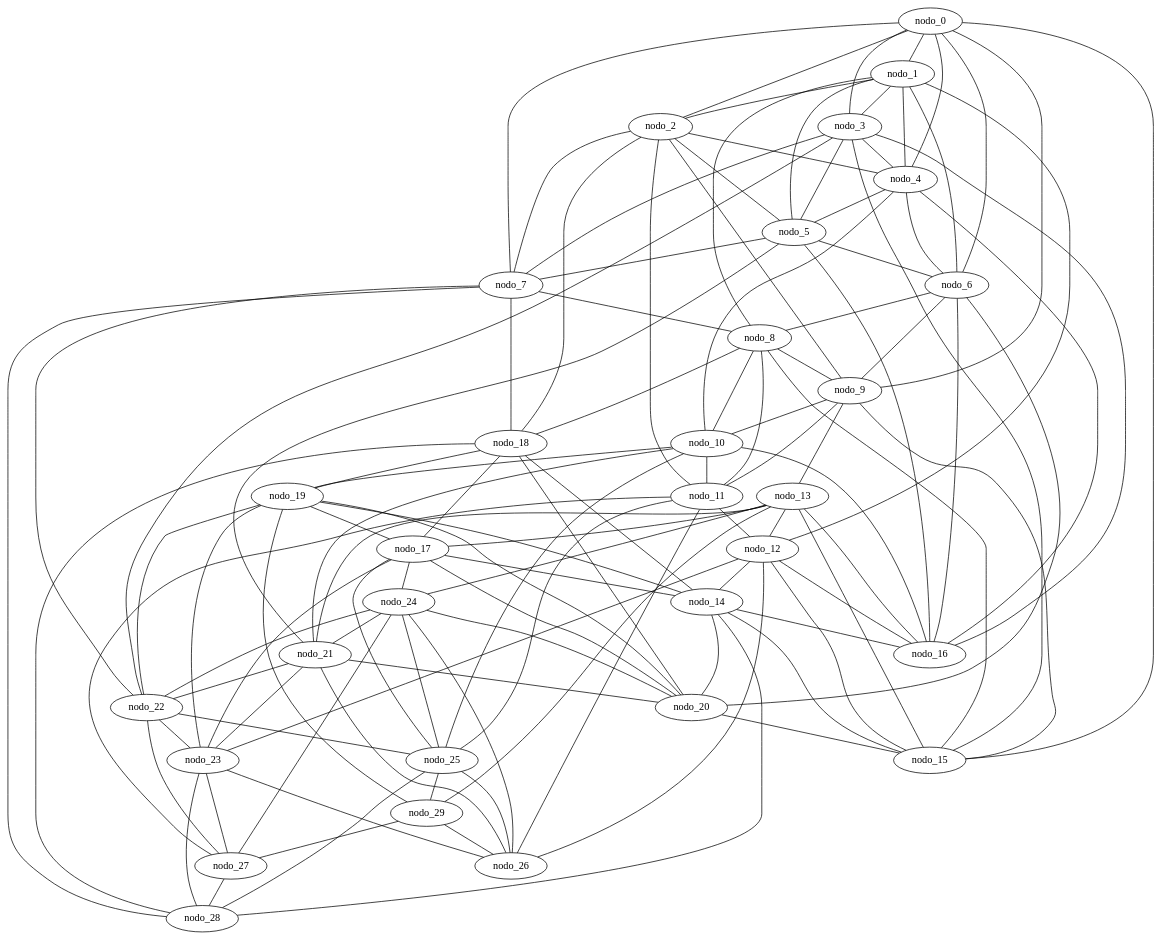
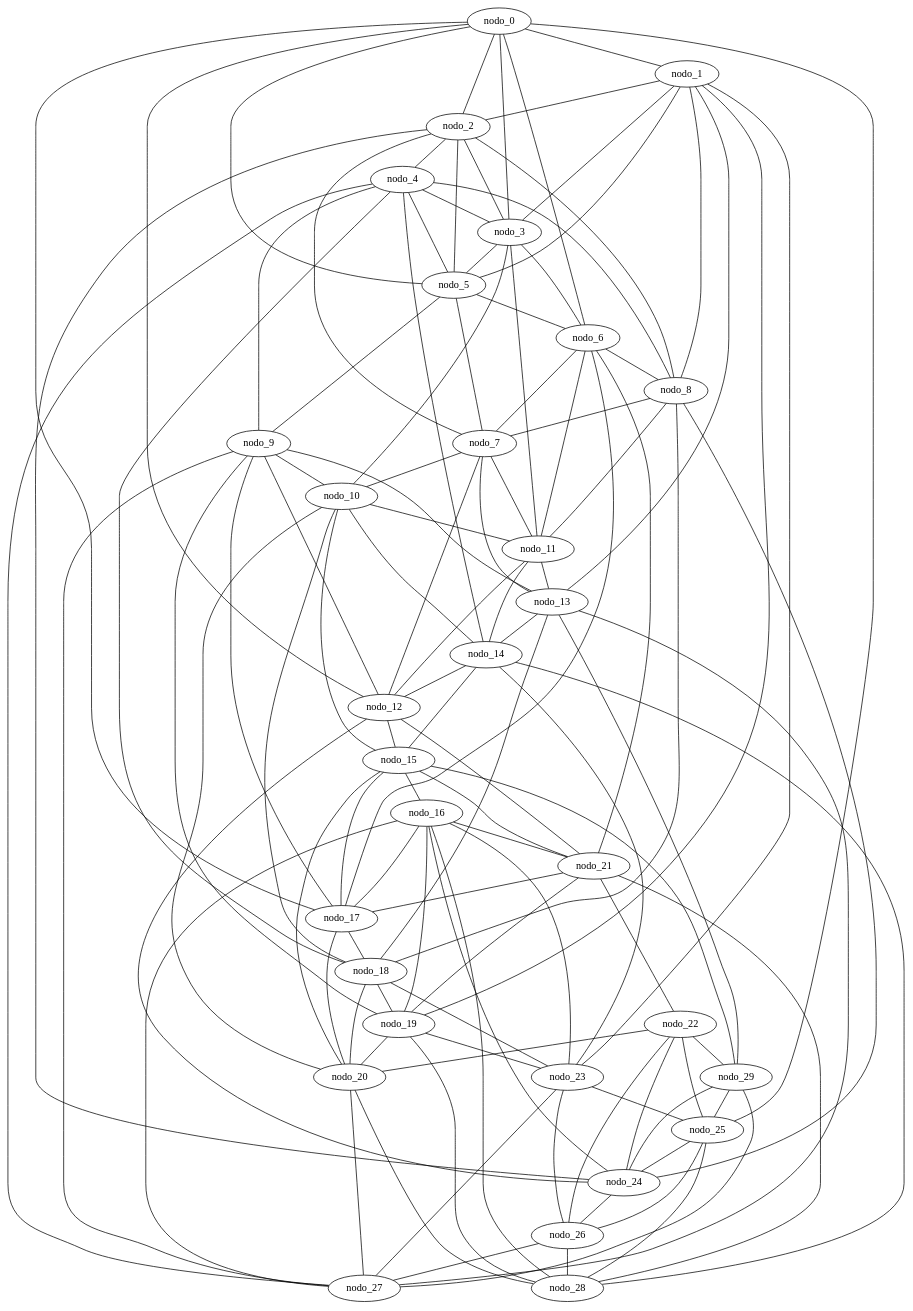
Before and after one commit to sinisterra/cic-algoritmos: the diagram in proyecto01/gen_BarabasiAlbert_30.gv, drawn with Graphviz. The commit also changed 26 other files, not shown here.

```diff
--- a/proyecto01/gen_BarabasiAlbert_30.gv
+++ b/proyecto01/gen_BarabasiAlbert_30.gv
@@ -1,148 +1,118 @@
 graph gen_BarabasiAlbert_30 {
- nodo_0;
- nodo_1;
- nodo_2;
- nodo_3;
- nodo_4;
- nodo_5;
- nodo_6;
- nodo_7;
- nodo_8;
- nodo_9;
- nodo_10;
- nodo_11;
- nodo_12;
- nodo_13;
- nodo_14;
- nodo_15;
- nodo_16;
- nodo_17;
- nodo_18;
- nodo_19;
- nodo_20;
- nodo_21;
- nodo_22;
- nodo_23;
- nodo_24;
- nodo_25;
- nodo_26;
- nodo_27;
- nodo_28;
- nodo_29;
-  nodo_11 -- nodo_25;
-  nodo_4 -- nodo_16;
-  nodo_11 -- nodo_26;
-  nodo_14 -- nodo_16;
-  nodo_14 -- nodo_15;
-  nodo_11 -- nodo_27;
-  nodo_10 -- nodo_8;
-  nodo_17 -- nodo_14;
-  nodo_14 -- nodo_20;
-  nodo_20 -- nodo_15;
-  nodo_4 -- nodo_10;
+  nodo_4 -- nodo_18;
+  nodo_9 -- nodo_27;
+  nodo_14 -- nodo_23;
+  nodo_4 -- nodo_14;
+  nodo_1 -- nodo_23;
   nodo_25 -- nodo_28;
-  nodo_25 -- nodo_29;
-  nodo_28 -- nodo_18;
-  nodo_3 -- nodo_4;
+  nodo_25 -- nodo_26;
+  nodo_20 -- nodo_18;
   nodo_3 -- nodo_5;
+  nodo_4 -- nodo_27;
   nodo_14 -- nodo_28;
-  nodo_3 -- nodo_7;
+  nodo_3 -- nodo_6;
   nodo_17 -- nodo_18;
-  nodo_7 -- nodo_8;
-  nodo_17 -- nodo_25;
-  nodo_7 -- nodo_18;
-  nodo_17 -- nodo_24;
+  nodo_7 -- nodo_5;
+  nodo_7 -- nodo_13;
+  nodo_20 -- nodo_28;
+  nodo_20 -- nodo_27;
+  nodo_7 -- nodo_11;
+  nodo_7 -- nodo_12;
   nodo_17 -- nodo_20;
-  nodo_23 -- nodo_17;
-  nodo_2 -- nodo_18;
+  nodo_7 -- nodo_10;
+  nodo_22 -- nodo_20;
+  nodo_13 -- nodo_27;
+  nodo_16 -- nodo_17;
+  nodo_16 -- nodo_19;
   nodo_13 -- nodo_29;
-  nodo_19 -- nodo_17;
-  nodo_7 -- nodo_22;
-  nodo_7 -- nodo_28;
-  nodo_2 -- nodo_11;
-  nodo_19 -- nodo_14;
-  nodo_27 -- nodo_28;
-  nodo_2 -- nodo_0;
+  nodo_16 -- nodo_24;
+  nodo_16 -- nodo_27;
+  nodo_16 -- nodo_21;
+  nodo_16 -- nodo_23;
+  nodo_25 -- nodo_24;
+  nodo_2 -- nodo_3;
   nodo_2 -- nodo_4;
   nodo_2 -- nodo_5;
+  nodo_11 -- nodo_14;
   nodo_2 -- nodo_7;
   nodo_11 -- nodo_12;
-  nodo_2 -- nodo_9;
+  nodo_2 -- nodo_8;
+  nodo_11 -- nodo_13;
+  nodo_16 -- nodo_28;
+  nodo_6 -- nodo_7;
   nodo_6 -- nodo_8;
-  nodo_6 -- nodo_9;
-  nodo_19 -- nodo_29;
+  nodo_19 -- nodo_28;
   nodo_19 -- nodo_23;
-  nodo_5 -- nodo_16;
+  nodo_14 -- nodo_12;
+  nodo_2 -- nodo_24;
   nodo_19 -- nodo_20;
-  nodo_22 -- nodo_23;
   nodo_22 -- nodo_24;
-  nodo_19 -- nodo_22;
   nodo_22 -- nodo_25;
-  nodo_22 -- nodo_27;
-  nodo_10 -- nodo_19;
-  nodo_24 -- nodo_20;
-  nodo_0 -- nodo_15;
-  nodo_24 -- nodo_21;
+  nodo_22 -- nodo_26;
+  nodo_22 -- nodo_29;
+  nodo_0 -- nodo_17;
+  nodo_0 -- nodo_12;
   nodo_10 -- nodo_11;
-  nodo_10 -- nodo_16;
+  nodo_10 -- nodo_14;
+  nodo_10 -- nodo_15;
   nodo_18 -- nodo_19;
-  nodo_5 -- nodo_21;
-  nodo_8 -- nodo_15;
+  nodo_10 -- nodo_18;
+  nodo_15 -- nodo_29;
   nodo_8 -- nodo_18;
-  nodo_13 -- nodo_12;
-  nodo_10 -- nodo_21;
+  nodo_18 -- nodo_23;
+  nodo_10 -- nodo_20;
   nodo_21 -- nodo_22;
-  nodo_21 -- nodo_23;
-  nodo_18 -- nodo_20;
-  nodo_21 -- nodo_26;
   nodo_8 -- nodo_11;
+  nodo_21 -- nodo_28;
   nodo_1 -- nodo_2;
+  nodo_0 -- nodo_25;
   nodo_1 -- nodo_3;
   nodo_1 -- nodo_5;
-  nodo_1 -- nodo_6;
-  nodo_3 -- nodo_15;
-  nodo_13 -- nodo_17;
-  nodo_3 -- nodo_16;
-  nodo_13 -- nodo_16;
   nodo_1 -- nodo_8;
-  nodo_10 -- nodo_25;
-  nodo_13 -- nodo_15;
+  nodo_13 -- nodo_14;
   nodo_5 -- nodo_6;
-  nodo_5 -- nodo_7;
-  nodo_13 -- nodo_24;
-  nodo_13 -- nodo_21;
+  nodo_5 -- nodo_9;
+  nodo_13 -- nodo_18;
+  nodo_3 -- nodo_10;
+  nodo_8 -- nodo_24;
+  nodo_3 -- nodo_11;
   nodo_24 -- nodo_26;
-  nodo_24 -- nodo_25;
-  nodo_24 -- nodo_27;
-  nodo_26 -- nodo_25;
   nodo_12 -- nodo_15;
-  nodo_12 -- nodo_16;
-  nodo_12 -- nodo_14;
-  nodo_11 -- nodo_9;
-  nodo_3 -- nodo_22;
-  nodo_12 -- nodo_23;
-  nodo_6 -- nodo_16;
+  nodo_6 -- nodo_11;
+  nodo_15 -- nodo_14;
+  nodo_6 -- nodo_17;
+  nodo_12 -- nodo_21;
+  nodo_23 -- nodo_25;
   nodo_23 -- nodo_27;
   nodo_23 -- nodo_26;
-  nodo_23 -- nodo_28;
+  nodo_29 -- nodo_25;
+  nodo_1 -- nodo_19;
+  nodo_29 -- nodo_24;
   nodo_0 -- nodo_1;
+  nodo_0 -- nodo_2;
   nodo_0 -- nodo_3;
-  nodo_0 -- nodo_4;
-  nodo_4 -- nodo_1;
-  nodo_21 -- nodo_20;
+  nodo_0 -- nodo_5;
   nodo_29 -- nodo_27;
   nodo_0 -- nodo_6;
-  nodo_29 -- nodo_26;
-  nodo_0 -- nodo_7;
-  nodo_12 -- nodo_26;
-  nodo_0 -- nodo_9;
+  nodo_1 -- nodo_13;
+  nodo_4 -- nodo_3;
   nodo_4 -- nodo_5;
-  nodo_4 -- nodo_6;
-  nodo_9 -- nodo_15;
-  nodo_8 -- nodo_9;
+  nodo_12 -- nodo_24;
+  nodo_15 -- nodo_16;
+  nodo_4 -- nodo_8;
+  nodo_15 -- nodo_17;
+  nodo_4 -- nodo_9;
+  nodo_8 -- nodo_7;
+  nodo_21 -- nodo_19;
+  nodo_6 -- nodo_21;
   nodo_9 -- nodo_13;
-  nodo_18 -- nodo_14;
-  nodo_1 -- nodo_12;
-  nodo_6 -- nodo_20;
+  nodo_9 -- nodo_19;
+  nodo_15 -- nodo_20;
+  nodo_15 -- nodo_21;
+  nodo_9 -- nodo_17;
+  nodo_26 -- nodo_27;
+  nodo_26 -- nodo_28;
+  nodo_9 -- nodo_12;
   nodo_9 -- nodo_10;
+  nodo_21 -- nodo_17;
 }
```
